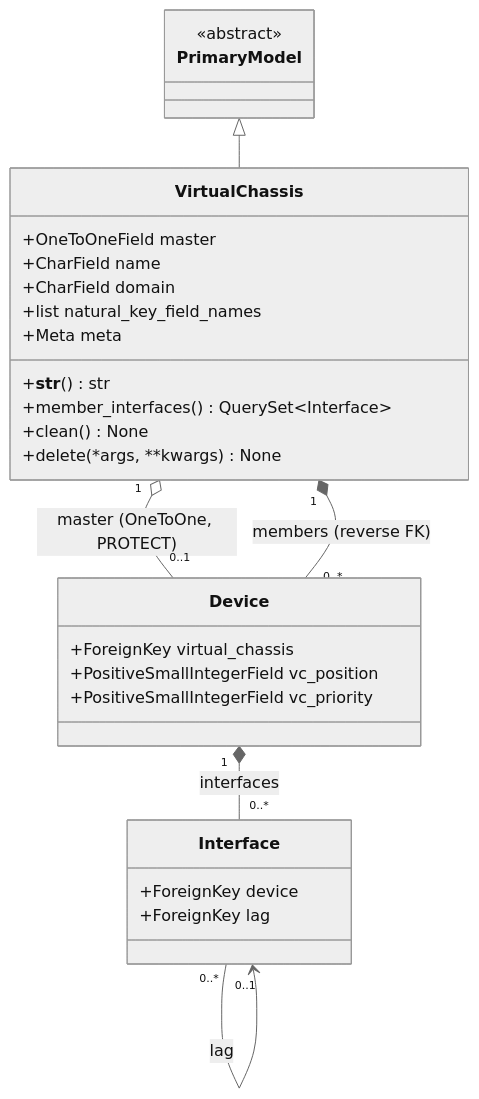
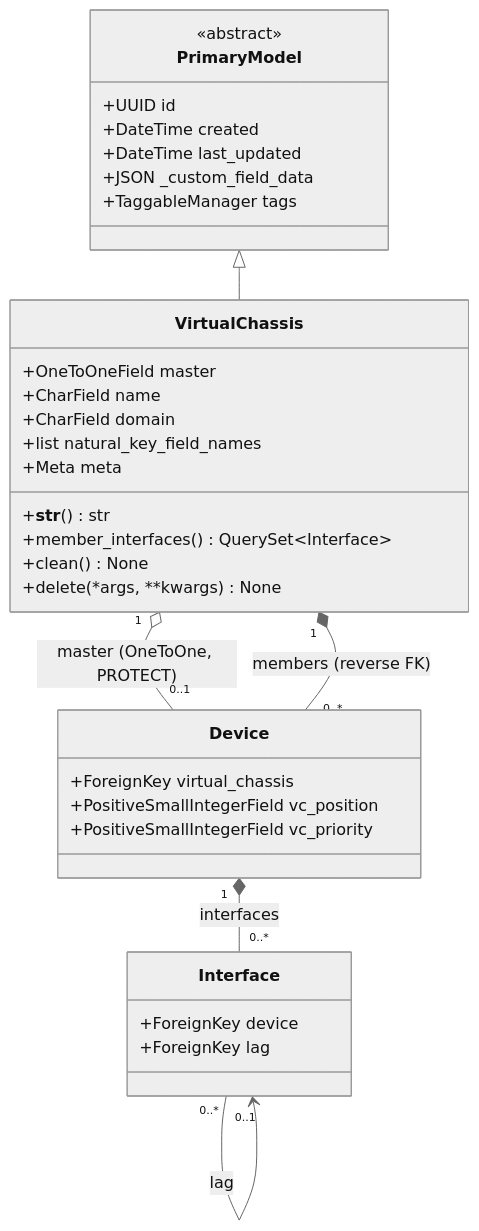
Before and after one commit to nautobot/nautobot: the first of 2 diagrams in nautobot/docs/user-guide/feature-guides/redundant-device.md, drawn with Mermaid (neutral theme). The commit also changed other lines of this file, not shown here.

Commit message:
cleanup format of mermaid, add simle api for VCs

````diff
--- a/nautobot/docs/user-guide/feature-guides/redundant-device.md
+++ b/nautobot/docs/user-guide/feature-guides/redundant-device.md
@@ -75,35 +75,41 @@
 ```mermaid
 classDiagram
-      class PrimaryModel {
-          <<abstract>>
-      }
 
-      class VirtualChassis {
-          +OneToOneField master
-          +CharField name
-          +CharField domain
-          +list natural_key_field_names
-          +Meta meta
-          +__str__() str
-          +member_interfaces() QuerySet~Interface~
-          +clean() None
-          +delete(*args, **kwargs) None
-      }
+class PrimaryModel {
+    <<abstract>>
+    +UUID id
+    +DateTime created
+    +DateTime last_updated
+    +JSON _custom_field_data
+    +TaggableManager tags
+}
 
-      class Device {
-          +ForeignKey virtual_chassis
-          +PositiveSmallIntegerField vc_position
-          +PositiveSmallIntegerField vc_priority
-      }
+class VirtualChassis {
+    +OneToOneField master
+    +CharField name
+    +CharField domain
+    +list natural_key_field_names
+    +Meta meta
+    +__str__() str
+    +member_interfaces() QuerySet~Interface~
+    +clean() None
+    +delete(*args, **kwargs) None
+}
 
-      class Interface {
-          +ForeignKey device
-          +ForeignKey lag
-      }
+class Device {
+    +ForeignKey virtual_chassis
+    +PositiveSmallIntegerField vc_position
+    +PositiveSmallIntegerField vc_priority
+}
 
-      PrimaryModel <|-- VirtualChassis
-      VirtualChassis "1" o-- "0..1" Device : master (OneToOne, PROTECT)
-      VirtualChassis "1" *-- "0..*" Device : members (reverse FK)
-      Device "1" *-- "0..*" Interface : interfaces
-      Interface "0..*" --> "0..1" Interface : lag
+class Interface {
+    +ForeignKey device
+    +ForeignKey lag
+}
+
+PrimaryModel <|-- VirtualChassis
+VirtualChassis "1" o-- "0..1" Device : master (OneToOne, PROTECT)
+VirtualChassis "1" *-- "0..*" Device : members (reverse FK)
+Device "1" *-- "0..*" Interface : interfaces
+Interface "0..*" --> "0..1" Interface : lag
 ```
````
